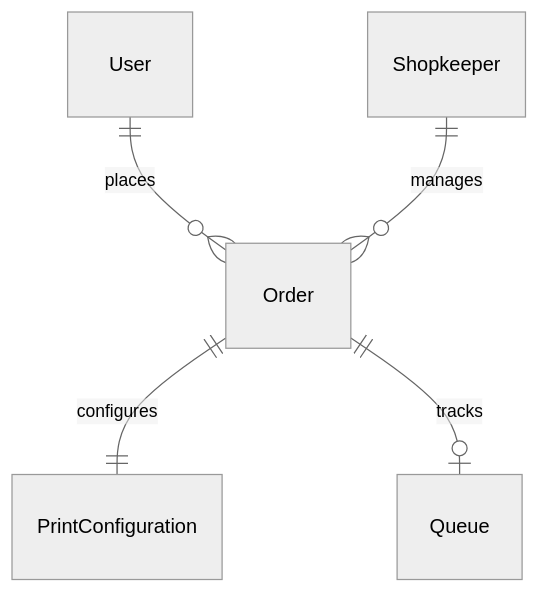
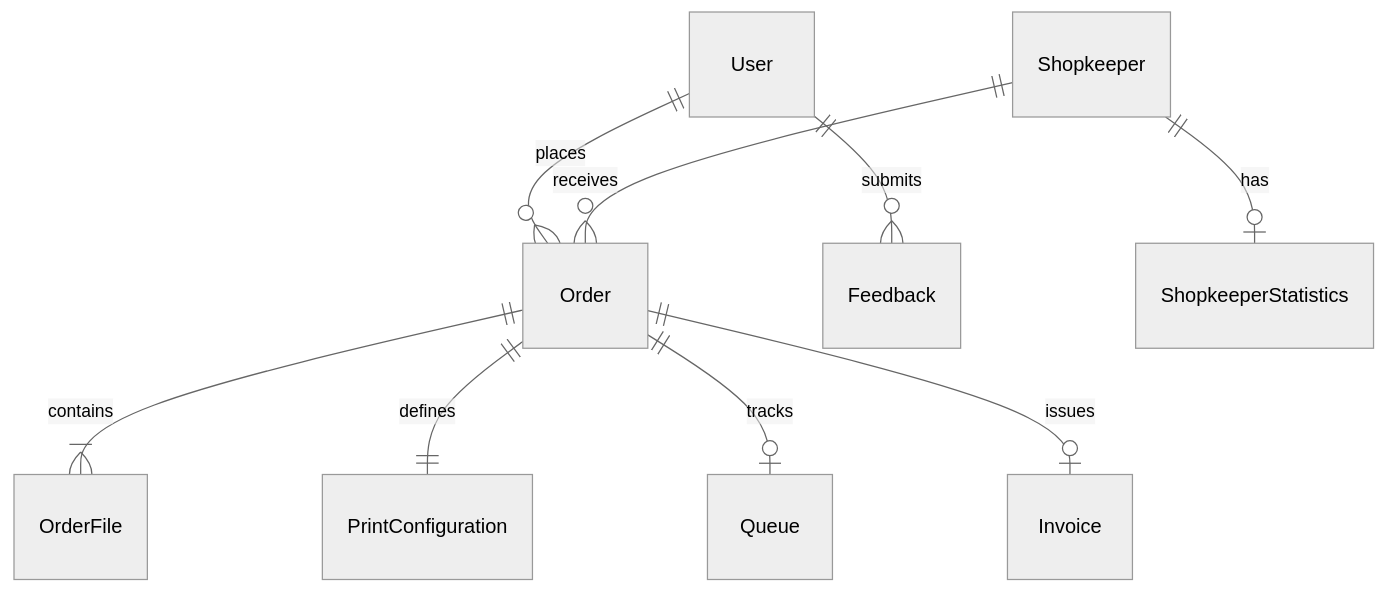
One commit to printsmaartconnect-dev/PrintSmart changed the diagram in PROJECT_FULL_DOCUMENTATION.md. Above: the diagram before and after it, drawn with Mermaid (neutral theme). The commit also changed other lines of this file, not shown here.

Commit message:
Qr code from user side

````diff
--- a/PROJECT_FULL_DOCUMENTATION.md
+++ b/PROJECT_FULL_DOCUMENTATION.md
@@ -3238,7 +3266,11 @@
 ```mermaid
 erDiagram
-    User ||--o{ Order : places
-    Shopkeeper ||--o{ Order : manages
-    Order ||--|| PrintConfiguration : configures
-    Order ||--o| Queue : tracks
+    User ||--o{ Order : "places"
+    User ||--o{ Feedback : "submits"
+    Shopkeeper ||--o{ Order : "receives"
+    Shopkeeper ||--o| ShopkeeperStatistics : "has"
+    Order ||--|{ OrderFile : "contains"
+    Order ||--|| PrintConfiguration : "defines"
+    Order ||--o| Queue : "tracks"
+    Order ||--o| Invoice : "issues"
 ```
````
